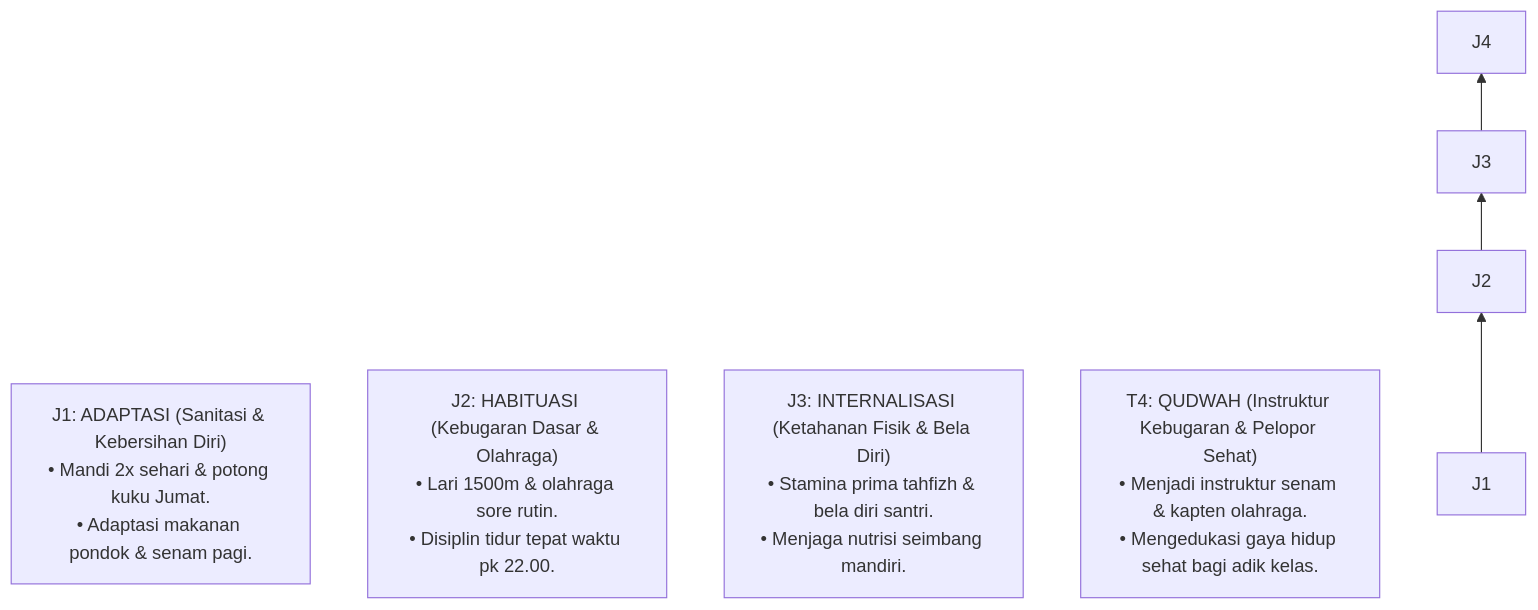
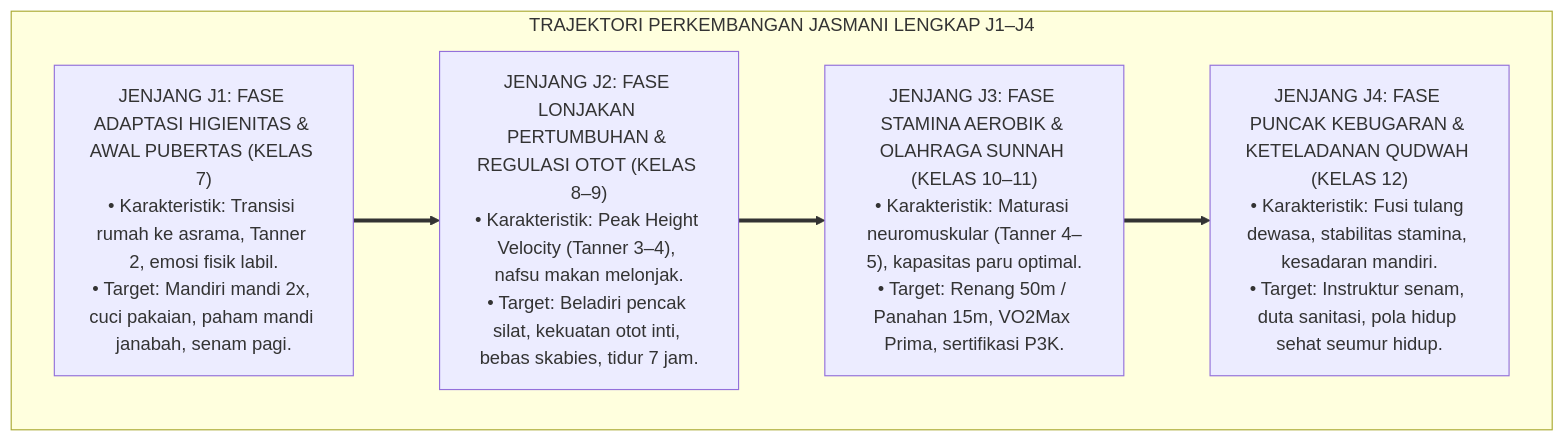
The sixth of 7 diagrams in 03 Capacity Framework/07 Qawiyyul Jism/P3-07-08-Tahapan-Perkembangan-Jenjang-J1-J4.md (wandiapriliyandi/tumbuh), drawn with Mermaid before and after one commit. The commit also changed other lines of this file and 14 other files, not shown here.

````diff
--- a/03 Capacity Framework/07 Qawiyyul Jism/P3-07-08-Tahapan-Perkembangan-Jenjang-J1-J4.md
+++ b/03 Capacity Framework/07 Qawiyyul Jism/P3-07-08-Tahapan-Perkembangan-Jenjang-J1-J4.md
@@ -10,12 +167,14 @@
 ```mermaid
-graph BT
-    T1["J1: ADAPTASI (Sanitasi & Kebersihan Diri)<br/>• Mandi 2x sehari & potong kuku Jumat.<br/>• Adaptasi makanan pondok & senam pagi."]
-    
-    T2["J2: HABITUASI (Kebugaran Dasar & Olahraga)<br/>• Lari 1500m & olahraga sore rutin.<br/>• Disiplin tidur tepat waktu pk 22.00."]
-    
-    T3["J3: INTERNALISASI (Ketahanan Fisik & Bela Diri)<br/>• Stamina prima tahfizh & bela diri santri.<br/>• Menjaga nutrisi seimbang mandiri."]
-    
-    T4["T4: QUDWAH (Instruktur Kebugaran & Pelopor Sehat)<br/>• Menjadi instruktur senam & kapten olahraga.<br/>• Mengedukasi gaya hidup sehat bagi adik kelas."]
-
-    J1 --> J2 --> J3 --> J4
+flowchart TD
+    subgraph ArsitekturTrajektoriJ1J4["TRAJEKTORI PERKEMBANGAN JASMANI LENGKAP J1–J4"]
+        J1["JENJANG J1: FASE ADAPTASI HIGIENITAS & AWAL PUBERTAS (KELAS 7)<br/>• Karakteristik: Transisi rumah ke asrama, Tanner 2, emosi fisik labil.<br/>• Target: Mandiri mandi 2x, cuci pakaian, paham mandi janabah, senam pagi."]
+        
+        J2["JENJANG J2: FASE LONJAKAN PERTUMBUHAN & REGULASI OTOT (KELAS 8–9)<br/>• Karakteristik: Peak Height Velocity (Tanner 3–4), nafsu makan melonjak.<br/>• Target: Beladiri pencak silat, kekuatan otot inti, bebas skabies, tidur 7 jam."]
+        
+        J3["JENJANG J3: FASE STAMINA AEROBIK & OLAHRAGA SUNNAH (KELAS 10–11)<br/>• Karakteristik: Maturasi neuromuskular (Tanner 4–5), kapasitas paru optimal.<br/>• Target: Renang 50m / Panahan 15m, VO2Max Prima, sertifikasi P3K."]
+        
+        J4["JENJANG J4: FASE PUNCAK KEBUGARAN & KETELADANAN QUDWAH (KELAS 12)<br/>• Karakteristik: Fusi tulang dewasa, stabilitas stamina, kesadaran mandiri.<br/>• Target: Instruktur senam, duta sanitasi, pola hidup sehat seumur hidup."]
+        
+        J1 ==> J2 ==> J3 ==> J4
+    end
 ```
````
